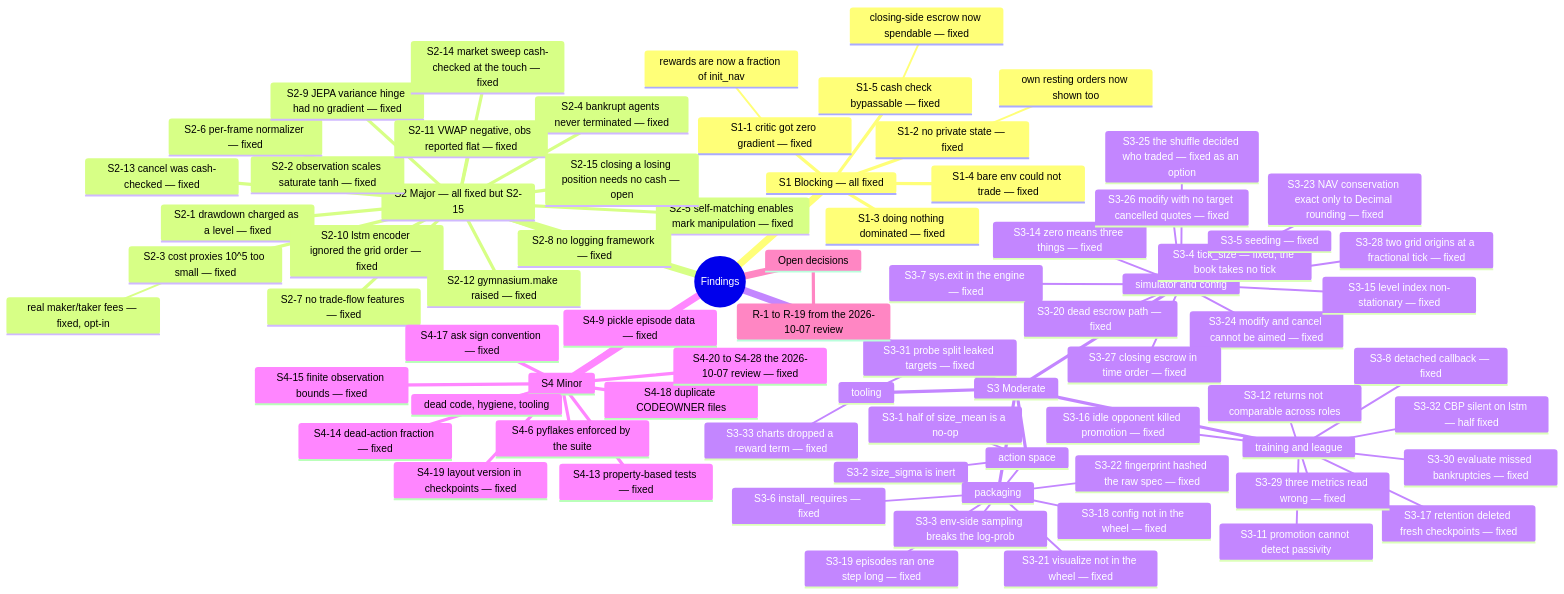
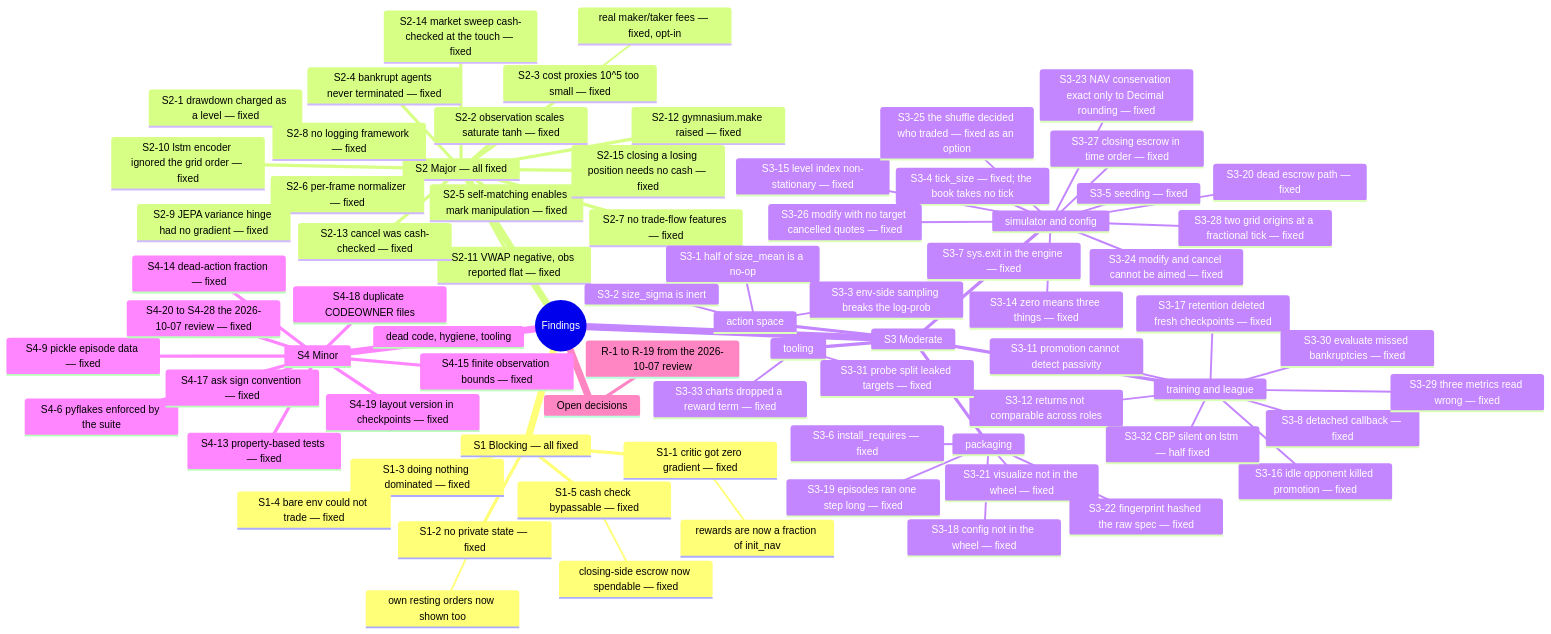
The diagram in doc/15_findings_and_recommendations.md (ChuaCheowHuan/gym-continuousDoubleAuction), drawn with Mermaid before and after one commit. The commit also changed other lines of this file and 9 other files, not shown here.

````diff
--- a/doc/15_findings_and_recommendations.md
+++ b/doc/15_findings_and_recommendations.md
@@ -39,79 +39,79 @@
 ```mermaid
 mindmap
   root((Findings))
     S1 Blocking — all fixed
       S1-1 critic got zero gradient — fixed
         rewards are now a fraction of init_nav
       S1-2 no private state — fixed
         own resting orders now shown too
       S1-3 doing nothing dominated — fixed
       S1-4 bare env could not trade — fixed
       S1-5 cash check bypassable — fixed
         closing-side escrow now spendable — fixed
-    S2 Major — all fixed but S2-15
+    S2 Major — all fixed
       S2-1 drawdown charged as a level — fixed
       S2-2 observation scales saturate tanh — fixed
       S2-3 cost proxies 10^5 too small — fixed
         real maker/taker fees — fixed, opt-in
       S2-4 bankrupt agents never terminated — fixed
       S2-5 self-matching enables mark manipulation — fixed
       S2-6 per-frame normalizer — fixed
       S2-7 no trade-flow features — fixed
       S2-8 no logging framework — fixed
       S2-9 JEPA variance hinge had no gradient — fixed
       S2-10 lstm encoder ignored the grid order — fixed
       S2-11 VWAP negative, obs reported flat — fixed
       S2-12 gymnasium.make raised — fixed
       S2-13 cancel was cash-checked — fixed
       S2-14 market sweep cash-checked at the touch — fixed
-      S2-15 closing a losing position needs no cash — open
+      S2-15 closing a losing position needs no cash — fixed
     S3 Moderate
       action space
         S3-1 half of size_mean is a no-op
         S3-2 size_sigma is inert
         S3-3 env-side sampling breaks the log-prob
       simulator and config
         S3-4 tick_size — fixed; the book takes no tick
         S3-5 seeding — fixed
         S3-7 sys.exit in the engine — fixed
         S3-23 NAV conservation exact only to Decimal rounding — fixed
         S3-24 modify and cancel cannot be aimed — fixed
         S3-14 zero means three things — fixed
         S3-15 level index non-stationary — fixed
         S3-25 the shuffle decided who traded — fixed as an option
         S3-20 dead escrow path — fixed
         S3-26 modify with no target cancelled quotes — fixed
         S3-27 closing escrow in time order — fixed
         S3-28 two grid origins at a fractional tick — fixed
       training and league
         S3-8 detached callback — fixed
         S3-11 promotion cannot detect passivity
         S3-12 returns not comparable across roles
         S3-16 idle opponent killed promotion — fixed
         S3-17 retention deleted fresh checkpoints — fixed
         S3-29 three metrics read wrong — fixed
         S3-30 evaluate missed bankruptcies — fixed
         S3-32 CBP silent on lstm — half fixed
       tooling
         S3-31 probe split leaked targets — fixed
         S3-33 charts dropped a reward term — fixed
       packaging
         S3-6 install_requires — fixed
         S3-18 config not in the wheel — fixed
         S3-19 episodes ran one step long — fixed
         S3-21 visualize not in the wheel — fixed
         S3-22 fingerprint hashed the raw spec — fixed
     S4 Minor
       dead code, hygiene, tooling
       S4-9 pickle episode data — fixed
       S4-6 pyflakes enforced by the suite
       S4-13 property-based tests — fixed
       S4-14 dead-action fraction — fixed
       S4-15 finite observation bounds — fixed
       S4-17 ask sign convention — fixed
       S4-18 duplicate CODEOWNER files
       S4-19 layout version in checkpoints — fixed
       S4-20 to S4-28 the 2026-10-07 review — fixed
     Open decisions
       R-1 to R-19 from the 2026-10-07 review
 ```
````
